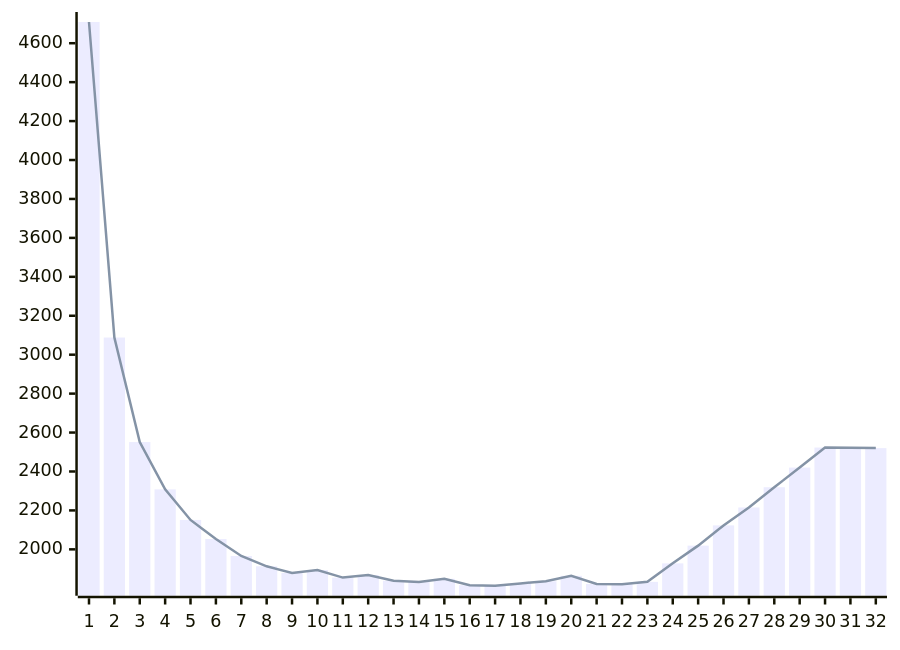
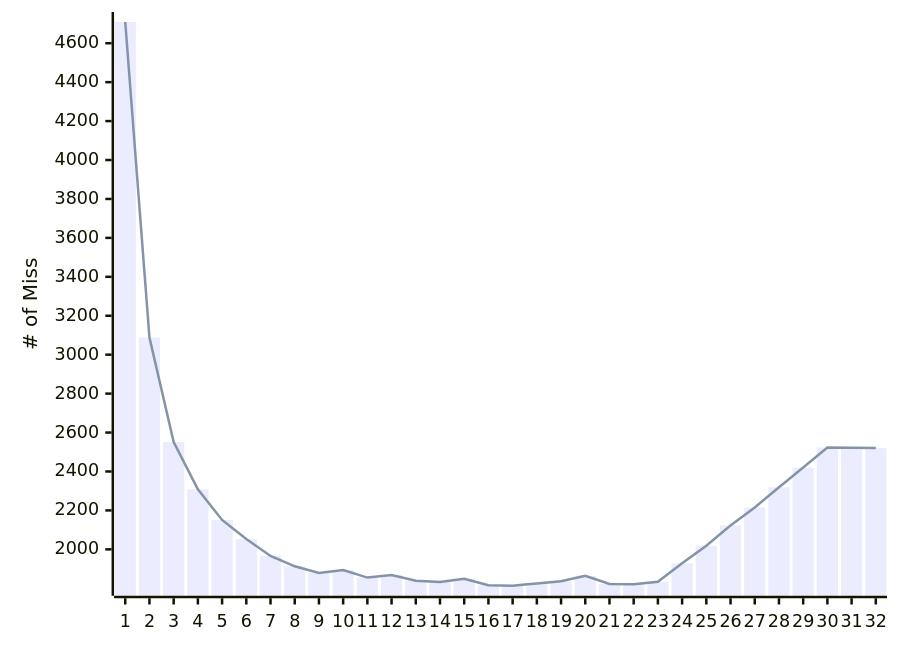
Before and after one commit to hanmyeonglee/cs211: the third of 7 diagrams in Cache Lab/workspace/20240614.md, drawn with Mermaid. The commit also changed other lines of this file, not shown here.

````diff
--- a/Cache Lab/workspace/20240614.md
+++ b/Cache Lab/workspace/20240614.md
@@ -225,6 +225,7 @@
 ```mermaid
 xychart
   x-axis [1, 2, 3, 4, 5, 6, 7, 8, 9, 10, 11, 12, 13, 14, 15, 16, 17, 18, 19, 20, 21, 22, 23, 24, 25, 26, 27, 28, 29, 30, 31, 32]
+  y-axis "# of Miss"
   bar [4709, 3088, 2551, 2308, 2151, 2053, 1966, 1913, 1879, 1894, 1855, 1868, 1839, 1832, 1849, 1816, 1813, 1825, 1836, 1864, 1822, 1821, 1833, 1928, 2019, 2123, 2215, 2319, 2420, 2523, 2522, 2520]
   line [4709, 3088, 2551, 2308, 2151, 2053, 1966, 1913, 1879, 1894, 1855, 1868, 1839, 1832, 1849, 1816, 1813, 1825, 1836, 1864, 1822, 1821, 1833, 1928, 2019, 2123, 2215, 2319, 2420, 2523, 2522, 2520]
 ```
````
